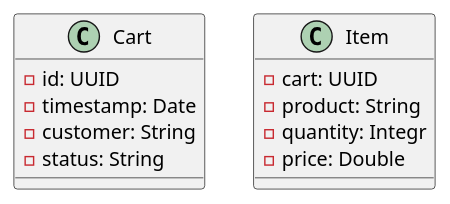
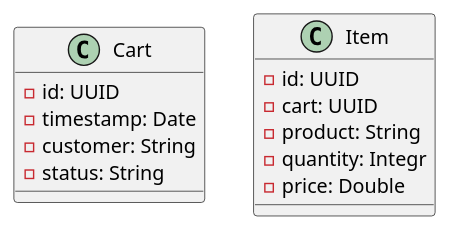
The diagram in PolyglotDemoDataGenerator/docs/cassandra.puml (EsfingeFramework/querybuilder), drawn with PlantUML before and after one commit. The commit also changed 42 other files, not shown here.

```diff
--- a/PolyglotDemoDataGenerator/docs/cassandra.puml
+++ b/PolyglotDemoDataGenerator/docs/cassandra.puml
@@ -1,15 +1,16 @@
 @startuml
     class Cart {
         - id: UUID
         - timestamp: Date
         - customer: String
         - status: String
     }
 
     class Item {
+        - id: UUID
         - cart: UUID
         - product: String
         - quantity: Integr
         - price: Double
     }
 @enduml
```
